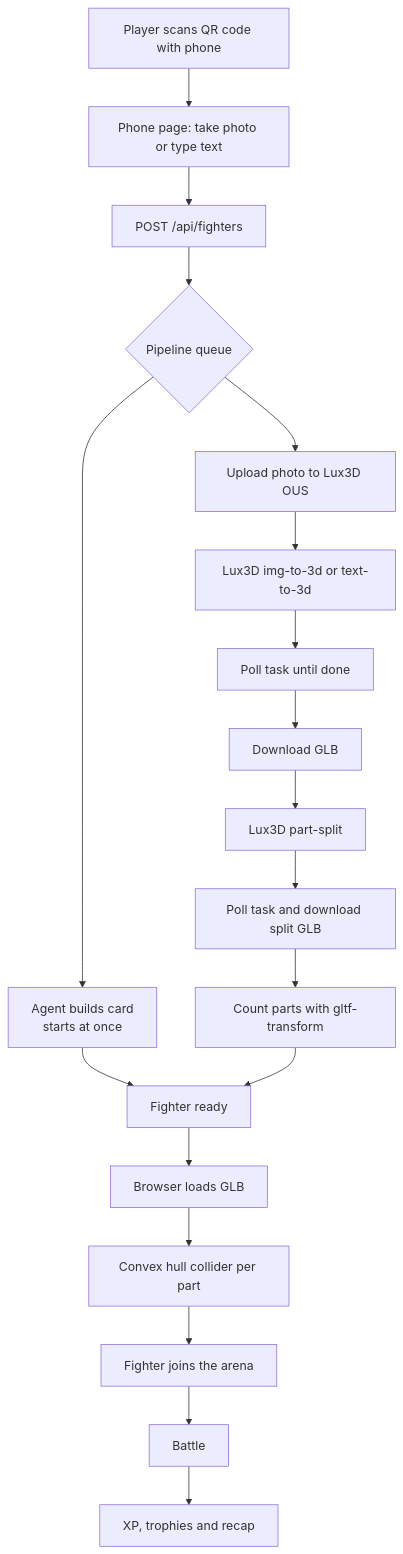
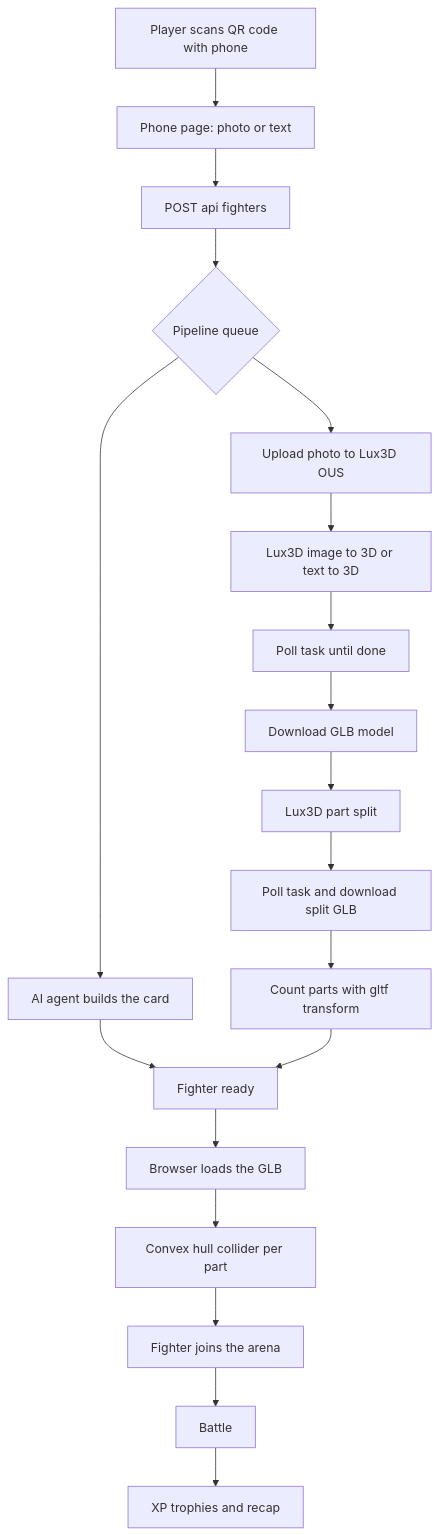
The first of 3 diagrams in README.md (Prasannaverse13/Junk-Drawer-Arena), drawn with Mermaid before and after one commit. The commit also changed other lines of this file, not shown here.

First line of the commit message:
Fix README mermaid diagrams for GitHub rendering

````diff
--- a/README.md
+++ b/README.md
@@ -63,21 +63,21 @@
 ```mermaid
 flowchart TD
-    A[Player scans QR code with phone] --> B[Phone page: take photo or type text]
-    B --> C[POST /api/fighters]
-    C --> D{Pipeline queue}
-    D --> E[Agent builds card<br/>starts at once]
-    D --> F[Upload photo to Lux3D OUS]
-    F --> G[Lux3D img-to-3d or text-to-3d]
-    G --> H[Poll task until done]
-    H --> I[Download GLB]
-    I --> J[Lux3D part-split]
-    J --> K[Poll task and download split GLB]
-    K --> L[Count parts with gltf-transform]
-    E --> M[Fighter ready]
+    A["Player scans QR code with phone"] --> B["Phone page: photo or text"]
+    B --> C["POST api fighters"]
+    C --> D{"Pipeline queue"}
+    D --> E["AI agent builds the card"]
+    D --> F["Upload photo to Lux3D OUS"]
+    F --> G["Lux3D image to 3D or text to 3D"]
+    G --> H["Poll task until done"]
+    H --> I["Download GLB model"]
+    I --> J["Lux3D part split"]
+    J --> K["Poll task and download split GLB"]
+    K --> L["Count parts with gltf transform"]
+    E --> M["Fighter ready"]
     L --> M
-    M --> N[Browser loads GLB]
-    N --> O[Convex hull collider per part]
-    O --> P[Fighter joins the arena]
-    P --> Q[Battle]
-    Q --> R[XP, trophies and recap]
+    M --> N["Browser loads the GLB"]
+    N --> O["Convex hull collider per part"]
+    O --> P["Fighter joins the arena"]
+    P --> Q["Battle"]
+    Q --> R["XP trophies and recap"]
 ```
````
